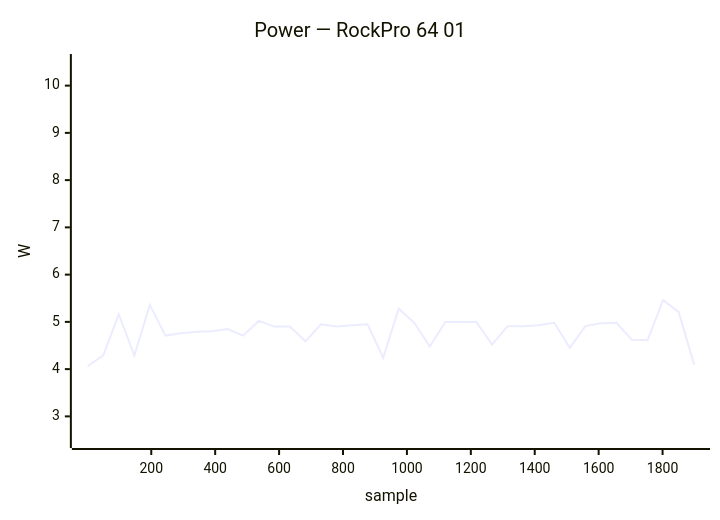
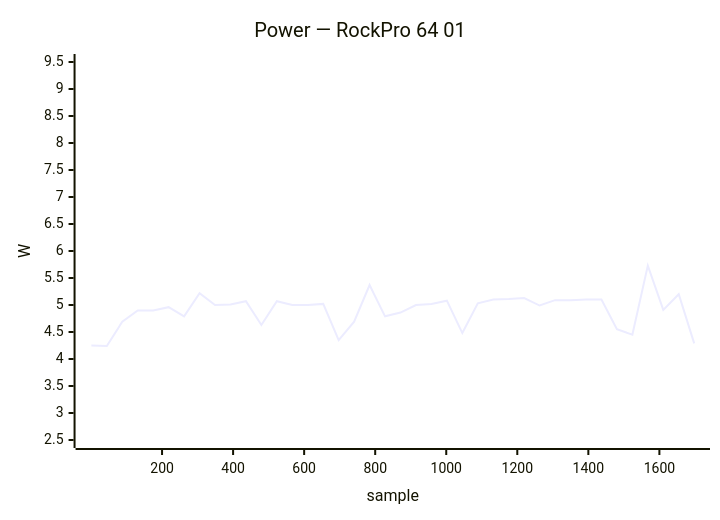
Before and after one commit to armbian/documentation: diagram 14 of 34 in docs/status/board-tests.md, drawn with Mermaid. The commit also changed other lines of this file, not shown here.

````diff
--- a/docs/status/board-tests.md
+++ b/docs/status/board-tests.md
@@ -722,7 +737,7 @@
 ```mermaid
 xychart-beta
     title "Power — RockPro 64 01"
-    x-axis "sample" 1 --> 1899
-    y-axis "W" 2.5 --> 10.5
-    line [4.06, 4.29, 5.16, 4.29, 5.36, 4.71, 4.76, 4.79, 4.80, 4.85, 4.71, 5.02, 4.90, 4.90, 4.59, 4.95, 4.90, 4.93, 4.95, 4.24, 5.28, 4.98, 4.48, 5.00, 5.00, 5.00, 4.52, 4.91, 4.91, 4.93, 4.98, 4.45, 4.91, 4.97, 4.98, 4.62, 4.61, 5.46, 5.21, 4.09]
+    x-axis "sample" 1 --> 1698
+    y-axis "W" 2.5 --> 9.5
+    line [4.25, 4.24, 4.69, 4.90, 4.90, 4.96, 4.79, 5.22, 5.00, 5.01, 5.07, 4.63, 5.07, 5.00, 5.00, 5.02, 4.35, 4.69, 5.37, 4.79, 4.86, 5.00, 5.02, 5.08, 4.48, 5.03, 5.10, 5.11, 5.13, 4.99, 5.09, 5.09, 5.10, 5.10, 4.55, 4.45, 5.73, 4.91, 5.20, 4.29]
 ```
````
